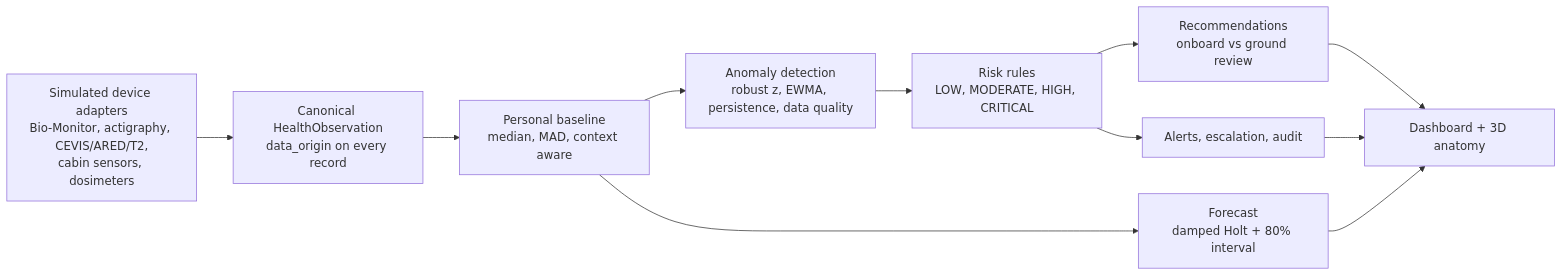
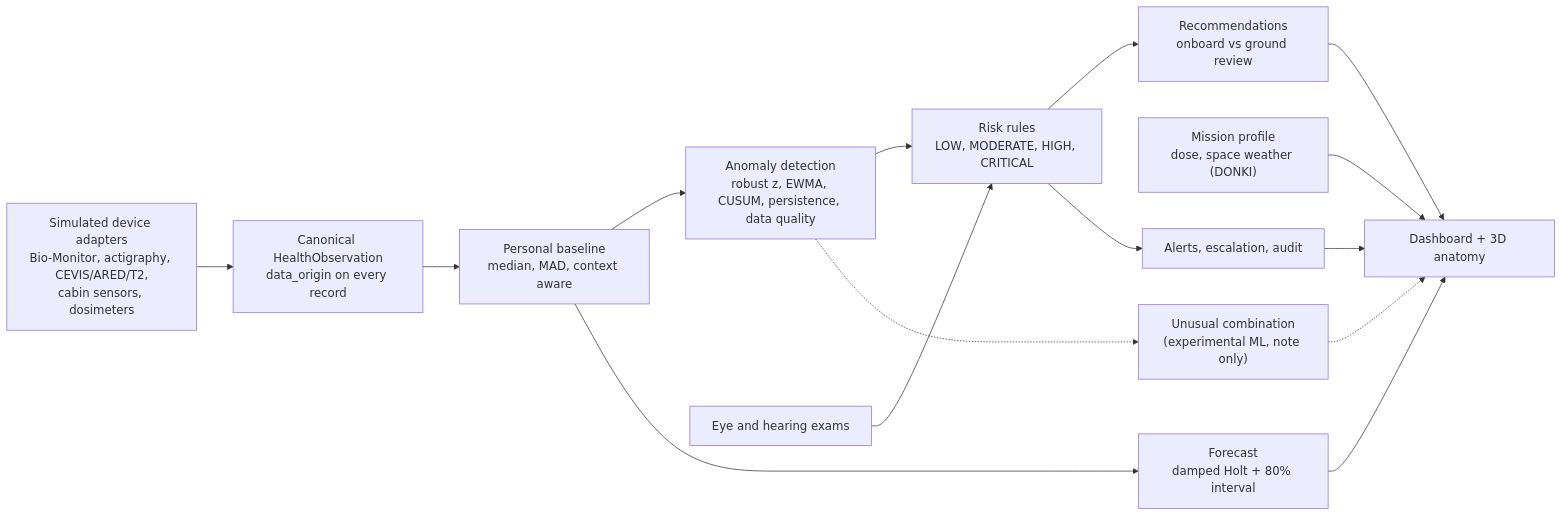
The diagram in README.md (Gabrieldiv/astronaut-health-intelligence-platform), drawn with Mermaid before and after one commit. The commit also changed other lines of this file and 2 other files, not shown here.

````diff
--- a/README.md
+++ b/README.md
@@ -121,13 +157,17 @@
 ```mermaid
 flowchart LR
     DEV["Simulated device adapters<br/>Bio-Monitor, actigraphy, CEVIS/ARED/T2,<br/>cabin sensors, dosimeters"] --> CAN["Canonical HealthObservation<br/>data_origin on every record"]
     CAN --> BASE["Personal baseline<br/>median, MAD, context aware"]
-    BASE --> ANOM["Anomaly detection<br/>robust z, EWMA, persistence, data quality"]
+    BASE --> ANOM["Anomaly detection<br/>robust z, EWMA, CUSUM, persistence, data quality"]
     ANOM --> RISK["Risk rules<br/>LOW, MODERATE, HIGH, CRITICAL"]
+    ANOM -.-> ML["Unusual combination<br/>(experimental ML, note only)"]
+    EX["Eye and hearing exams"] --> RISK
+    MP["Mission profile<br/>dose, space weather (DONKI)"] --> UI
     RISK --> REC["Recommendations<br/>onboard vs ground review"]
     RISK --> ALERT["Alerts, escalation, audit"]
     BASE --> FC["Forecast<br/>damped Holt + 80% interval"]
     REC --> UI["Dashboard + 3D anatomy"]
     ALERT --> UI
     FC --> UI
+    ML -.-> UI
 ```
````
